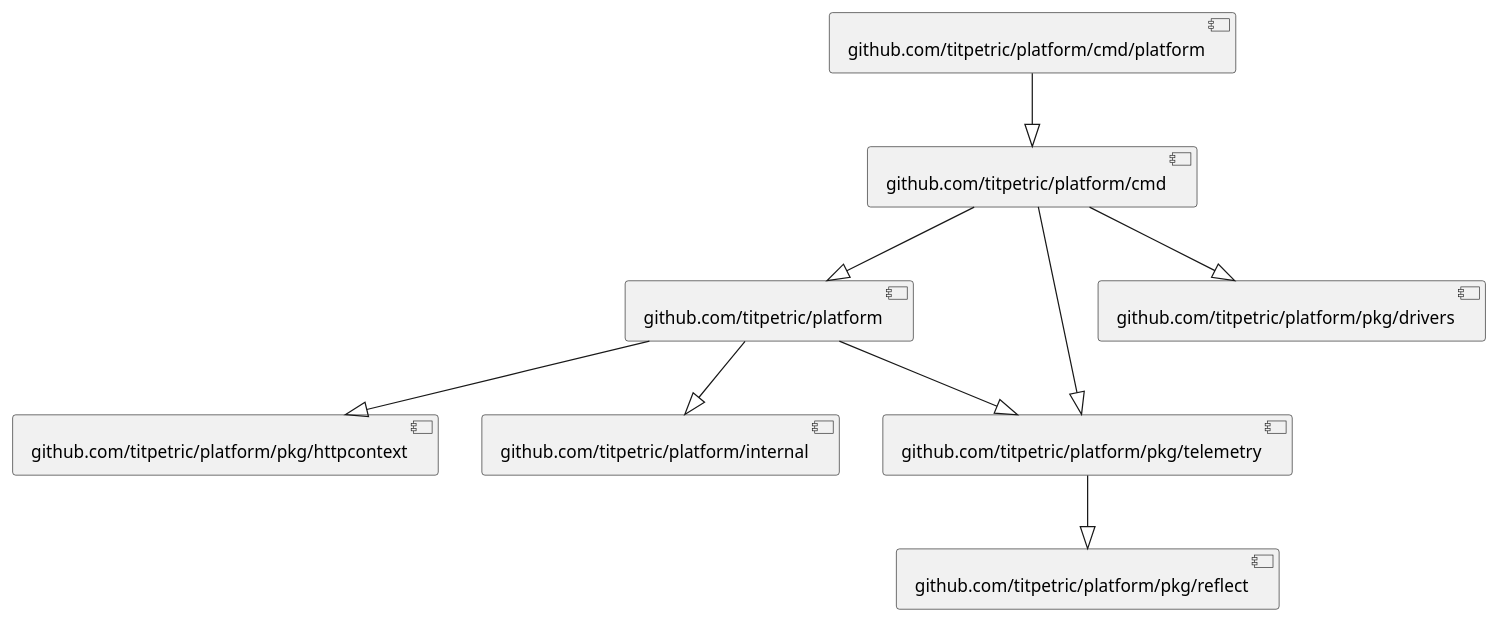
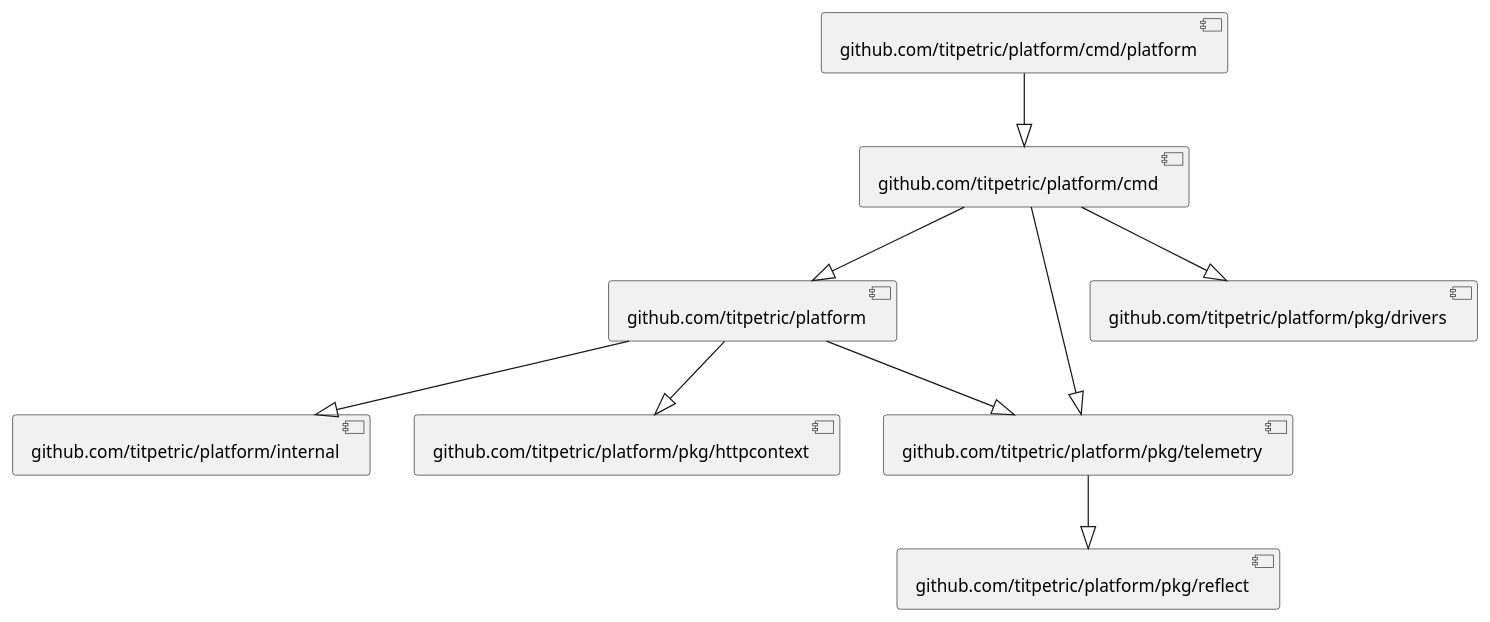
Before and after one commit to titpetric/platform: the diagram in docs/imports.puml, drawn with PlantUML. The commit also changed other lines of this file and 5 other files, not shown here.

```diff
--- a/docs/imports.puml
+++ b/docs/imports.puml
@@ -1,10 +1,10 @@
 @startuml
+[github.com/titpetric/platform] --|> [github.com/titpetric/platform/internal]
 [github.com/titpetric/platform] --|> [github.com/titpetric/platform/pkg/httpcontext]
 [github.com/titpetric/platform] --|> [github.com/titpetric/platform/pkg/telemetry]
-[github.com/titpetric/platform] --|> [github.com/titpetric/platform/internal]
 [github.com/titpetric/platform/cmd] --|> [github.com/titpetric/platform]
 [github.com/titpetric/platform/cmd] --|> [github.com/titpetric/platform/pkg/drivers]
 [github.com/titpetric/platform/cmd] --|> [github.com/titpetric/platform/pkg/telemetry]
 [github.com/titpetric/platform/cmd/platform] --|> [github.com/titpetric/platform/cmd]
 [github.com/titpetric/platform/pkg/telemetry] --|> [github.com/titpetric/platform/pkg/reflect]
 @enduml
```
